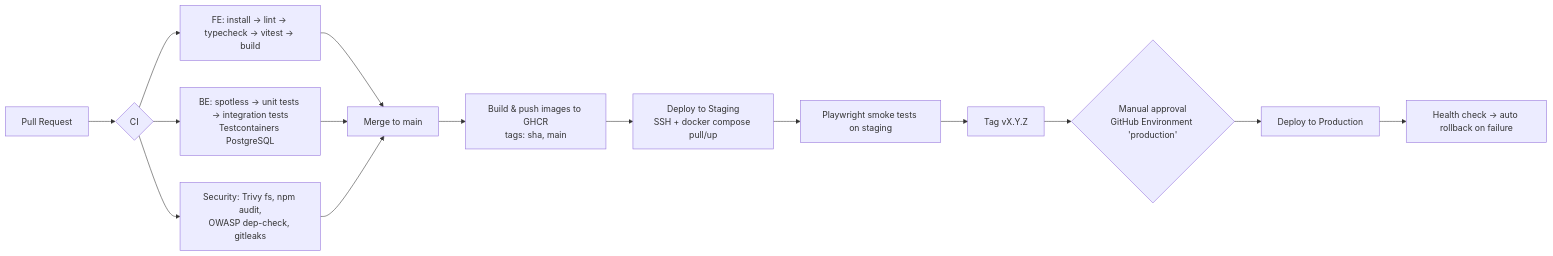
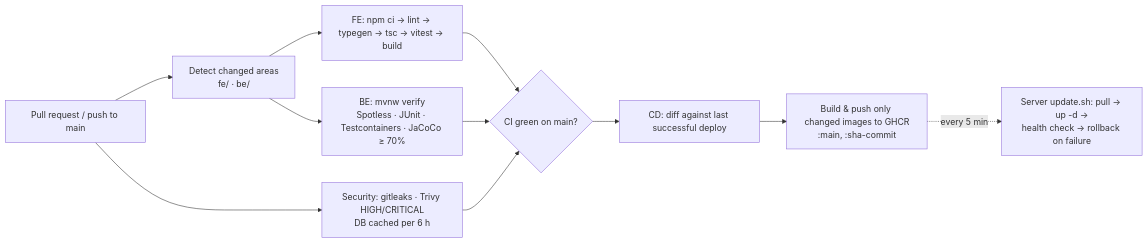
One commit to vhhoang2003/BeeGroup_Ecommerce changed the eighth of 8 diagrams in README.md. Above: the diagram before and after it, drawn with Mermaid. The commit also changed other lines of this file, not shown here.

````diff
--- a/README.md
+++ b/README.md
@@ -1005,15 +1117,11 @@
 ```mermaid
 flowchart LR
-    PR[Pull Request] --> CI{CI}
-    CI --> FE1[FE: install → lint → typecheck → vitest → build]
-    CI --> BE1[BE: spotless → unit tests → integration tests<br/>Testcontainers PostgreSQL]
-    CI --> SEC[Security: Trivy fs, npm audit,<br/>OWASP dep-check, gitleaks]
-    FE1 & BE1 & SEC --> MERGE[Merge to main]
-    MERGE --> IMG[Build & push images to GHCR<br/>tags: sha, main]
-    IMG --> STG[Deploy to Staging<br/>SSH + docker compose pull/up]
-    STG --> E2E[Playwright smoke tests on staging]
-    E2E --> TAG[Tag vX.Y.Z]
-    TAG --> APPROVE{Manual approval<br/>GitHub Environment 'production'}
-    APPROVE --> PROD[Deploy to Production]
-    PROD --> HC[Health check → auto rollback on failure]
+    PR[Pull request / push to main] --> CH[Detect changed areas<br/>fe/ · be/]
+    CH --> FE1[FE: npm ci → lint → typegen → tsc → vitest → build]
+    CH --> BE1[BE: mvnw verify<br/>Spotless · JUnit · Testcontainers · JaCoCo ≥ 70%]
+    PR --> SEC[Security: gitleaks · Trivy HIGH/CRITICAL<br/>DB cached per 6 h]
+    FE1 & BE1 & SEC --> CDQ{CI green on main?}
+    CDQ --> DIFF[CD: diff against last successful deploy]
+    DIFF --> IMG[Build & push only changed images to GHCR<br/>:main, :sha-commit]
+    IMG -.->|every 5 min| SRV[Server update.sh: pull → up -d →<br/>health check → rollback on failure]
 ```
````
